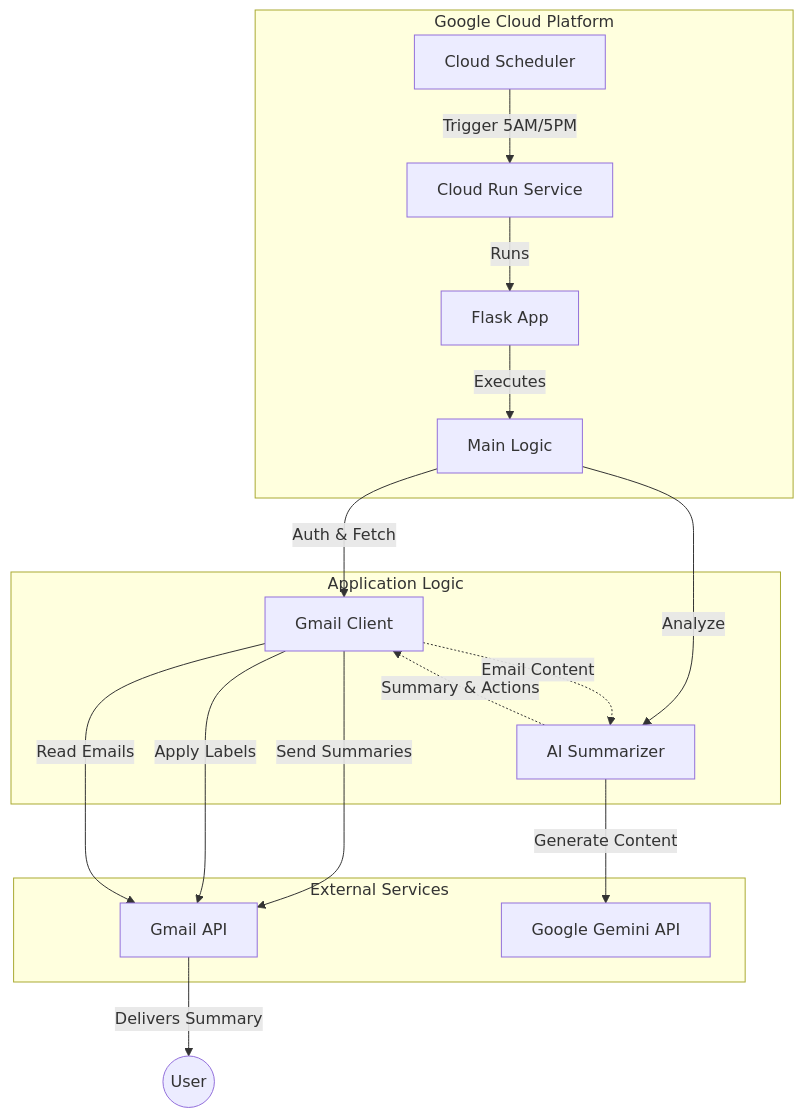
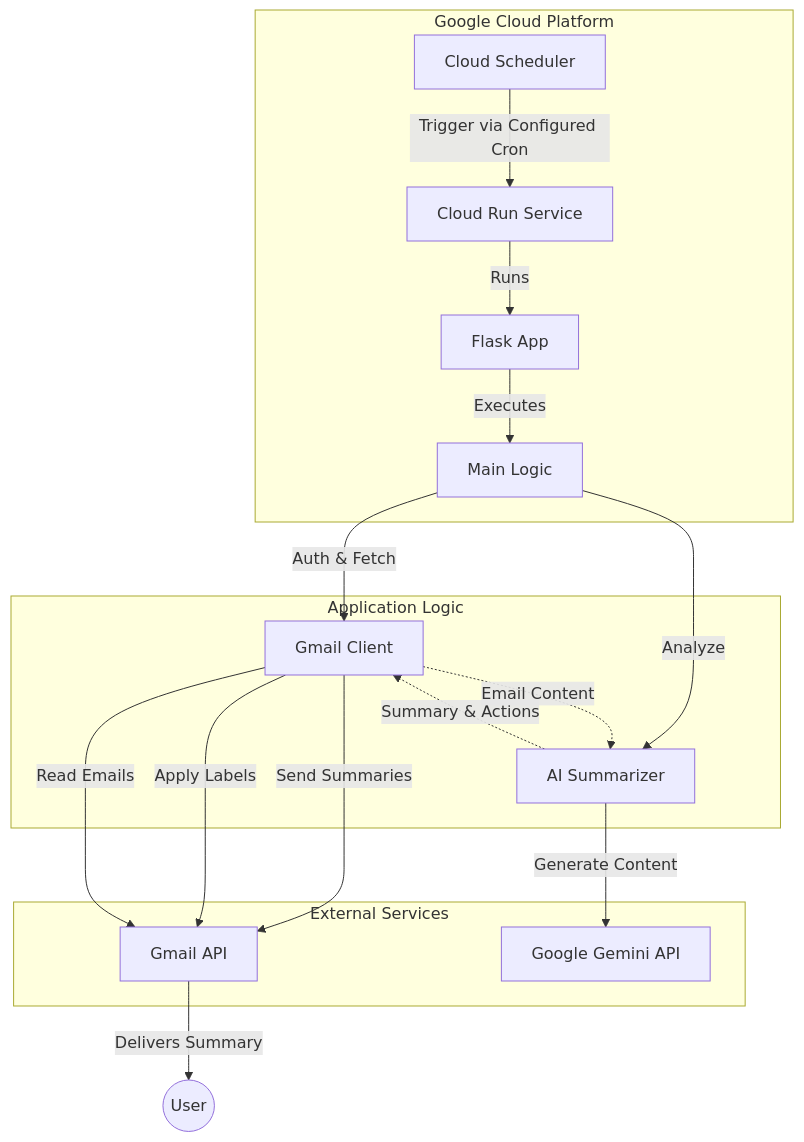
Before and after one commit to henryhyunwookim/gmail-agent: the diagram in README.md, drawn with Mermaid. The commit also changed other lines of this file and 9 other files, not shown here.

````diff
--- a/README.md
+++ b/README.md
@@ -22,29 +23,29 @@
 ```mermaid
 graph TD
     subgraph Google Cloud Platform
-        Scheduler[Cloud Scheduler] -->|Trigger 5AM/5PM| CloudRun[Cloud Run Service]
+        Scheduler[Cloud Scheduler] -->|Trigger via Configured Cron| CloudRun[Cloud Run Service]
         CloudRun -->|Runs| App[Flask App]
         App -->|Executes| Main[Main Logic]
     end
 
     subgraph External Services
         GmailAPI[Gmail API]
         GeminiAPI[Google Gemini API]
     end
 
     subgraph Application Logic
         Main -->|Auth & Fetch| GmailClient[Gmail Client]
         Main -->|Analyze| Summarizer[AI Summarizer]
         
         %% Data Flow
         Summarizer -.->|Summary & Actions| GmailClient
         GmailClient -.->|Email Content| Summarizer
 
         Summarizer -->|Generate Content| GeminiAPI
         GmailClient -->|Send Summaries| GmailAPI
         GmailClient -->|Apply Labels| GmailAPI
         GmailClient -->|Read Emails| GmailAPI
     end
 
     GmailAPI -->|Delivers Summary| User((User))
 ```
````
